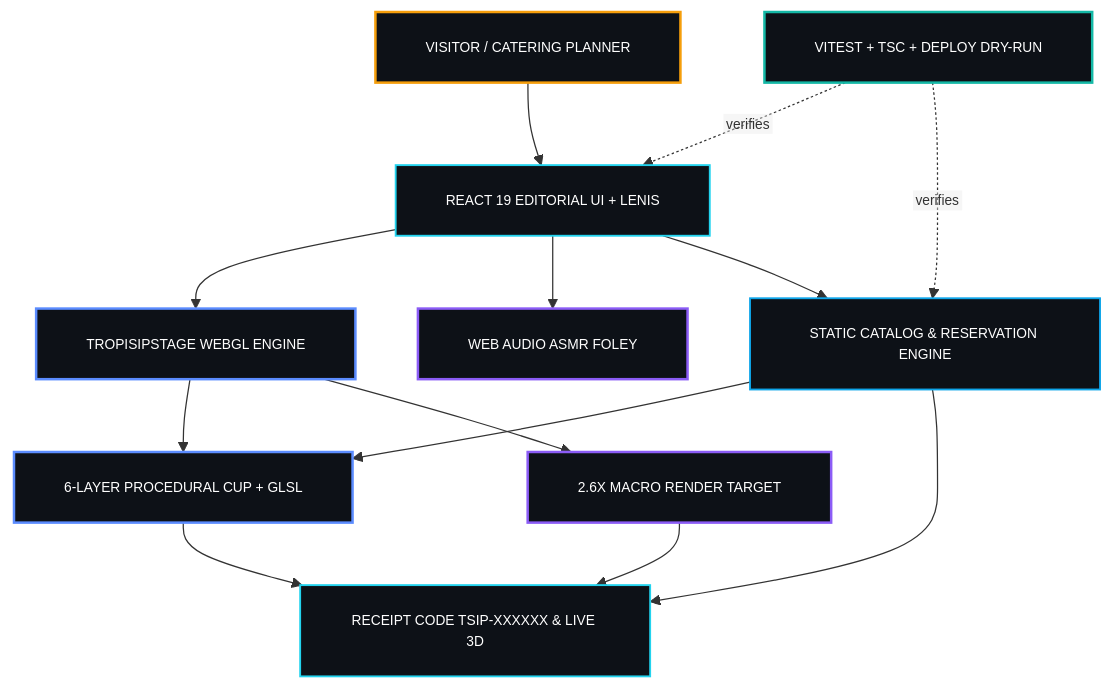
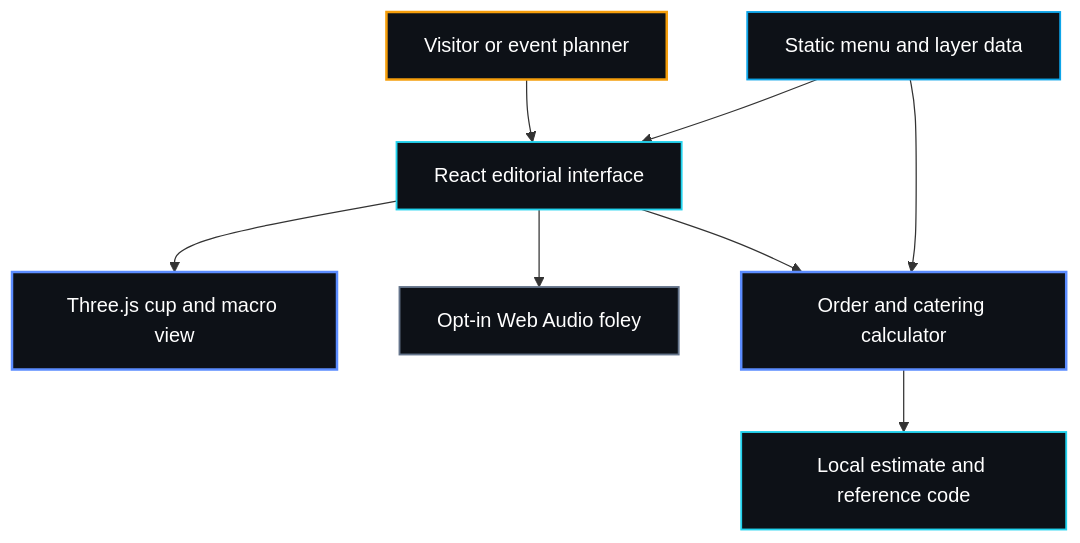
The first of 4 diagrams in README.md (gaffercode/Tropisipjuice), drawn with Mermaid before and after one commit. The commit also changed other lines of this file, not shown here.

````diff
--- a/README.md
+++ b/README.md
@@ -118,40 +128,29 @@
 ```mermaid
-%%{init: {"flowchart": {"htmlLabels": false, "padding": 20}, "themeVariables": {"fontFamily": "monospace", "fontSize": "11px"}}}%%
 flowchart TB
-  USER["VISITOR / CATERING PLANNER"]
-  UI["REACT 19 EDITORIAL UI + LENIS"]
-  STAGE["TROPISIPSTAGE WEBGL ENGINE"]
-  CUP["6-LAYER PROCEDURAL CUP + GLSL"]
-  MACRO["2.6X MACRO RENDER TARGET"]
-  FOLEY["WEB AUDIO ASMR FOLEY"]
-  DATA["STATIC CATALOG & RESERVATION ENGINE"]
-  GATE["VITEST + TSC + DEPLOY DRY-RUN"]
-  OUT["RECEIPT CODE TSIP-XXXXXX & LIVE 3D"]
+  VISITOR["Visitor or event planner"]
+  UI["React editorial interface"]
+  STAGE["Three.js cup and macro view"]
+  AUDIO["Opt-in Web Audio foley"]
+  ESTIMATE["Order and catering calculator"]
+  CATALOG["Static menu and layer data"]
+  RECEIPT["Local estimate and reference code"]
 
-  USER --> UI
+  VISITOR --> UI
   UI --> STAGE
-  UI --> FOLEY
-  UI --> DATA
-  DATA --> CUP
-  STAGE --> CUP
-  STAGE --> MACRO
-  CUP --> OUT
-  MACRO --> OUT
-  DATA --> OUT
-  GATE -. verifies .-> UI
-  GATE -. verifies .-> DATA
+  UI --> AUDIO
+  UI --> ESTIMATE
+  CATALOG --> UI
+  CATALOG --> ESTIMATE
+  ESTIMATE --> RECEIPT
 
   classDef authority fill:#0D1117,stroke:#F59E0B,color:#ffffff,stroke-width:2px;
-  classDef agent fill:#0D1117,stroke:#8B5CF6,color:#ffffff,stroke-width:2px;
-  classDef control fill:#0D1117,stroke:#14B8A6,color:#ffffff,stroke-width:2px;
+  class VISITOR authority;
   classDef core fill:#0D1117,stroke:#5B8CFF,color:#ffffff,stroke-width:2px;
+  class STAGE,ESTIMATE core;
   classDef surface fill:#0D1117,stroke:#22D3EE,color:#ffffff,stroke-width:1.5px;
+  class UI,RECEIPT surface;
   classDef data fill:#0D1117,stroke:#0EA5E9,color:#ffffff,stroke-width:1.5px;
-
-  class USER authority;
-  class UI,OUT surface;
-  class STAGE,CUP core;
-  class MACRO,FOLEY agent;
-  class DATA data;
-  class GATE control;
+  class CATALOG data;
+  classDef shared fill:#0D1117,stroke:#64748B,color:#ffffff,stroke-width:1.5px;
+  class AUDIO shared;
 ```
````
